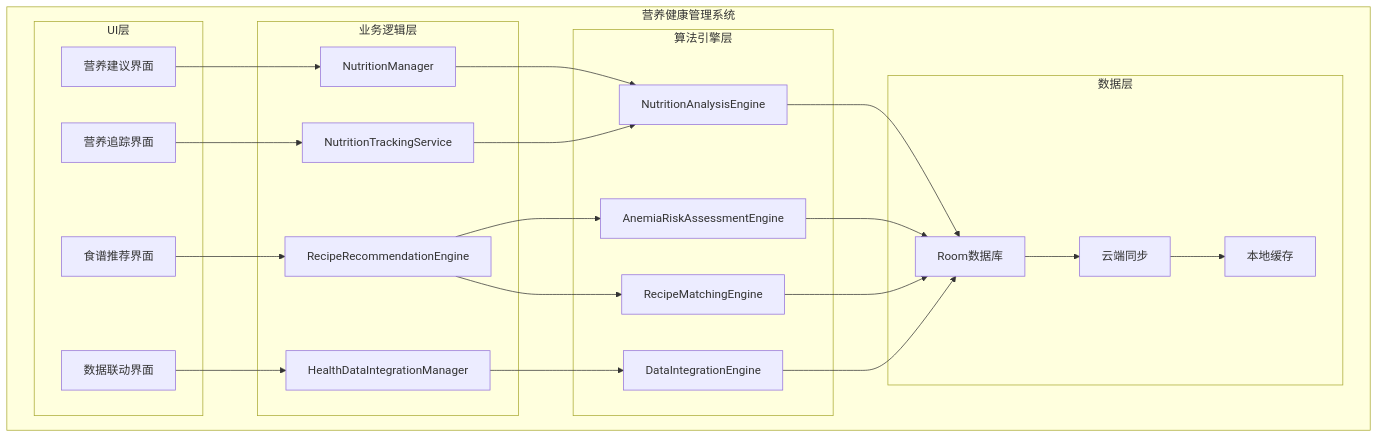
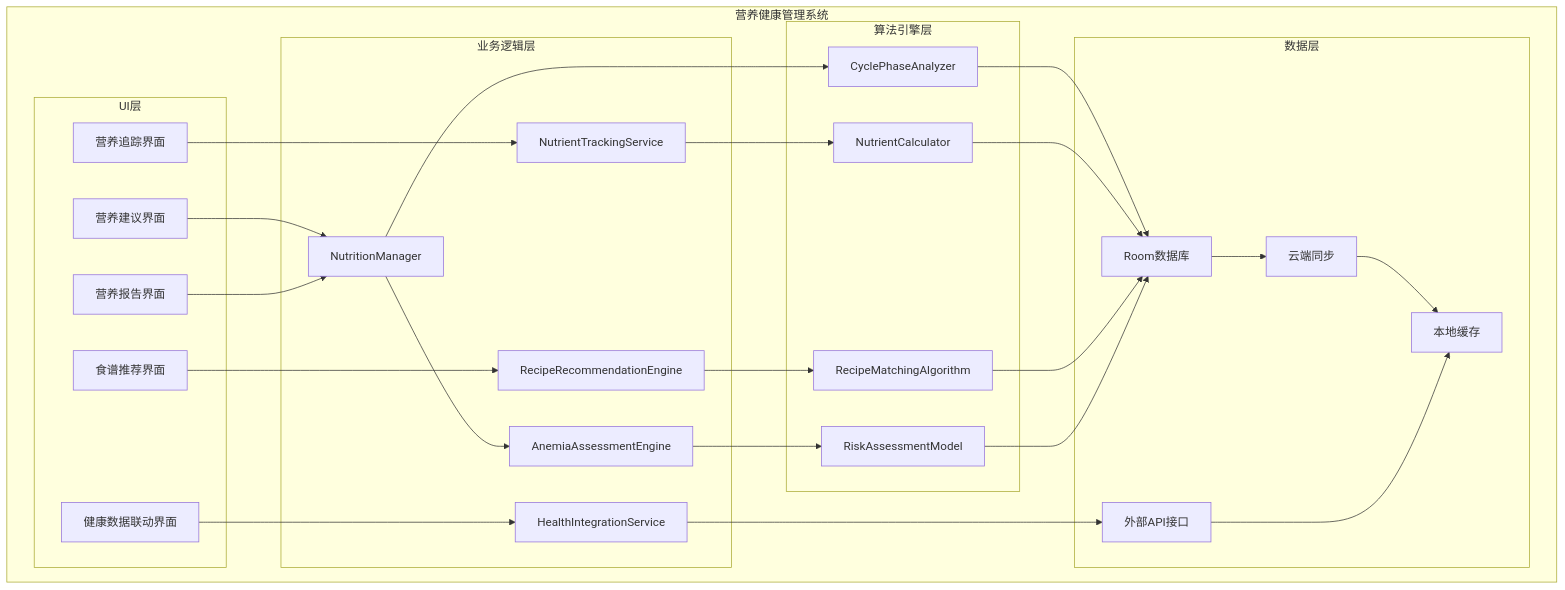
One commit to xiaomizhoubaobei/womenhealth-app changed the first of 2 diagrams in plans/NUTRITION_HEALTH_MANAGEMENT_PLAN.md. Above: the diagram before and after it, drawn with Mermaid. The commit also changed other lines of this file and 3 other files, not shown here.

````diff
--- a/plans/NUTRITION_HEALTH_MANAGEMENT_PLAN.md
+++ b/plans/NUTRITION_HEALTH_MANAGEMENT_PLAN.md
@@ -281,50 +290,56 @@
 ```mermaid
 graph TB
     subgraph "营养健康管理系统"
         subgraph "UI层"
             A[营养建议界面]
             B[食谱推荐界面]
             C[营养追踪界面]
-            D[数据联动界面]
+            D[健康数据联动界面]
+            E[营养报告界面]
         end
         
         subgraph "业务逻辑层"
-            E[NutritionManager]
-            F[RecipeRecommendationEngine]
-            G[NutritionTrackingService]
-            H[HealthDataIntegrationManager]
+            F[NutritionManager]
+            G[RecipeRecommendationEngine]
+            H[NutrientTrackingService]
+            I[HealthIntegrationService]
+            J[AnemiaAssessmentEngine]
         end
         
         subgraph "算法引擎层"
-            I[NutritionAnalysisEngine]
-            J[AnemiaRiskAssessmentEngine]
-            K[RecipeMatchingEngine]
-            L[DataIntegrationEngine]
+            K[CyclePhaseAnalyzer]
+            L[NutrientCalculator]
+            M[RecipeMatchingAlgorithm]
+            N[RiskAssessmentModel]
         end
         
         subgraph "数据层"
-            M[Room数据库]
-            N[云端同步]
-            O[本地缓存]
+            O[Room数据库]
+            P[云端同步]
+            Q[本地缓存]
+            R[外部API接口]
         end
     end
     
-    A --> E
-    B --> F
-    C --> G
-    D --> H
+    A --> F
+    B --> G
+    C --> H
+    D --> I
+    E --> F
     
-    E --> I
     F --> J
     F --> K
-    G --> I
+    G --> M
     H --> L
+    I --> R
     
-    I --> M
-    J --> M
-    K --> M
-    L --> M
+    J --> N
+    K --> O
+    L --> O
+    M --> O
+    N --> O
     
-    M --> N
-    N --> O
+    O --> P
+    P --> Q
+    R --> Q
 ```
````
